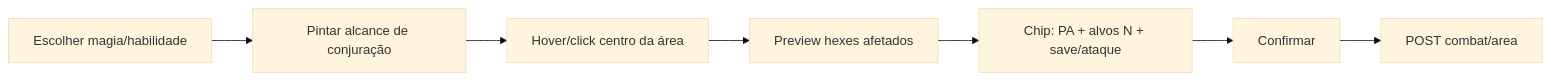
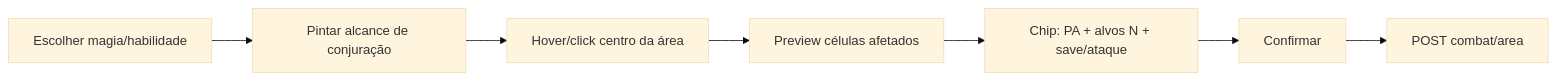
One commit to MaulXD/MXDRPG changed the diagram in docs/VTT-ACOES-PA-AREAS.md. Above: the diagram before and after it, drawn with Mermaid (base theme). The commit also changed other lines of this file and 234 other files, not shown here.

````diff
--- a/docs/VTT-ACOES-PA-AREAS.md
+++ b/docs/VTT-ACOES-PA-AREAS.md
@@ -142,9 +142,9 @@
 ```mermaid
 flowchart LR
   A[Escolher magia/habilidade] --> B[Pintar alcance de conjuração]
   B --> C[Hover/click centro da área]
-  C --> D[Preview hexes afetados]
+  C --> D[Preview células afetados]
   D --> E[Chip: PA + alvos N + save/ataque]
   E --> F[Confirmar]
   F --> G[POST combat/area]
 ```
````
